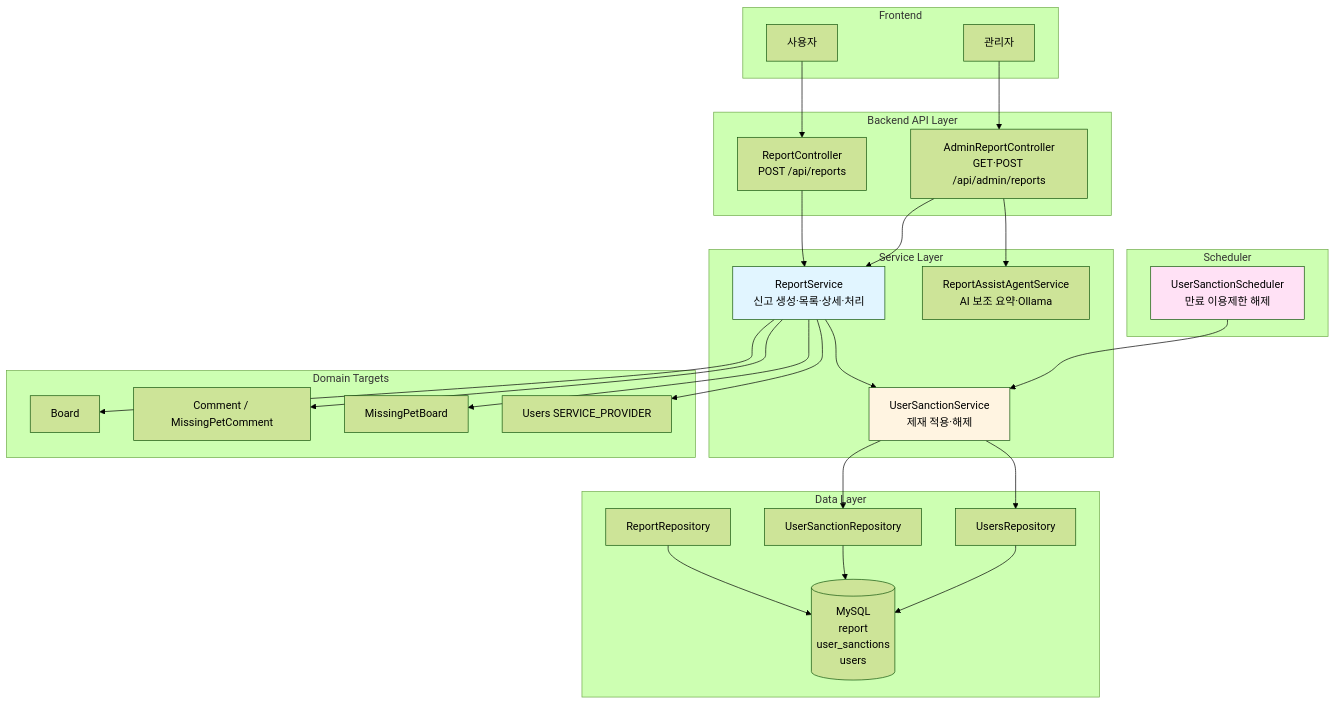
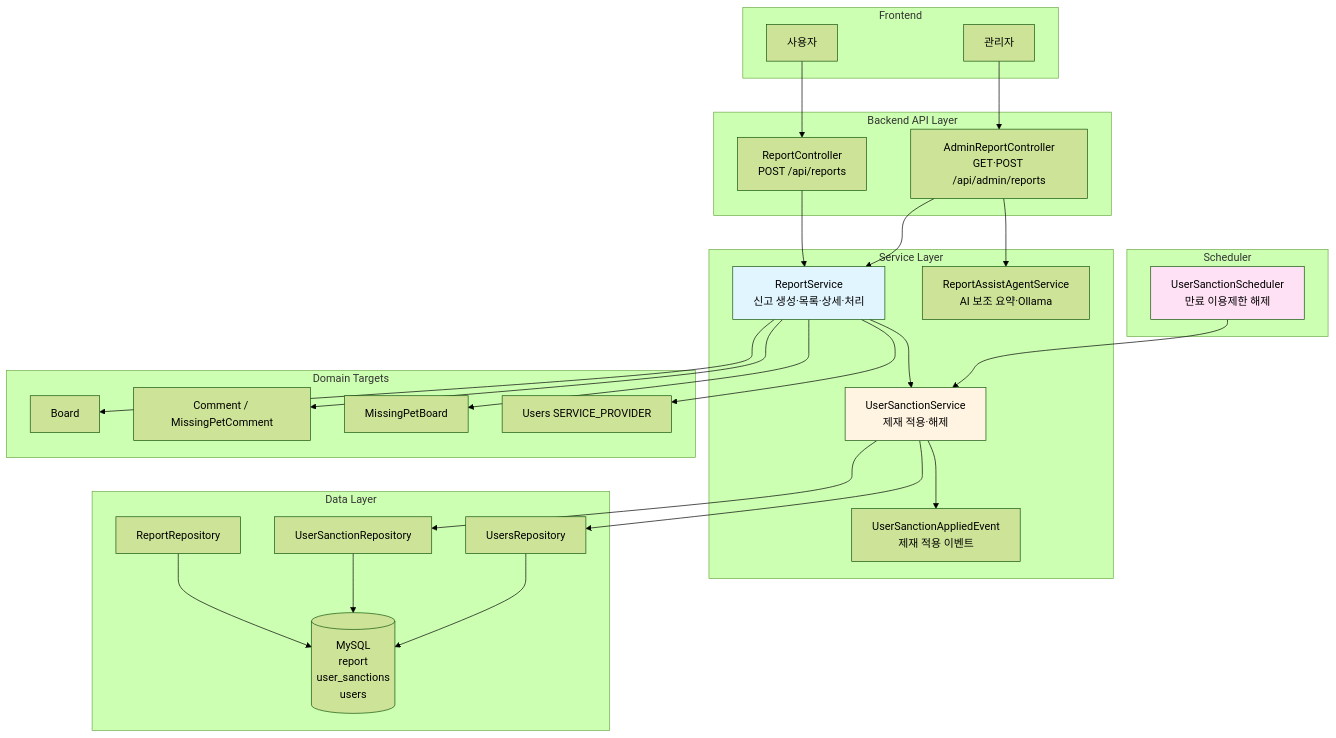
One commit to makkong1/Petory changed the first of 5 diagrams in docs/architecture/user/신고 및 제재 시스템 아키텍처.md. Above: the diagram before and after it, drawn with Mermaid (forest theme). The commit also changed other lines of this file and 31 other files, not shown here.

````diff
--- a/docs/architecture/user/신고 및 제재 시스템 아키텍처.md
+++ b/docs/architecture/user/신고 및 제재 시스템 아키텍처.md
@@ -13,60 +13,62 @@
 ```mermaid
 graph TB
     subgraph "Frontend"
         User[사용자]
         Admin[관리자]
     end
     
     subgraph "Backend API Layer"
         RC[ReportController<br/>POST /api/reports]
         ARC[AdminReportController<br/>GET·POST /api/admin/reports]
     end
     
     subgraph "Service Layer"
         RS[ReportService<br/>신고 생성·목록·상세·처리]
         RAS[ReportAssistAgentService<br/>AI 보조 요약·Ollama]
         USS[UserSanctionService<br/>제재 적용·해제]
+        USE[UserSanctionAppliedEvent<br/>제재 적용 이벤트]
     end
     
     subgraph "Scheduler"
         USSCH[UserSanctionScheduler<br/>만료 이용제한 해제]
     end
     
     subgraph "Data Layer"
         RR[ReportRepository]
         USR[UserSanctionRepository]
         UR[UsersRepository]
         MySQL[(MySQL<br/>report<br/>user_sanctions<br/>users)]
     end
     
     subgraph "Domain Targets"
         Board[Board]
         Comment[Comment / MissingPetComment]
         MissingPet[MissingPetBoard]
         Provider[Users SERVICE_PROVIDER]
     end
     
     User --> RC
     Admin --> ARC
     
     RC --> RS
     ARC --> RS
     ARC --> RAS
     RS --> USS
     USS --> USR
     USS --> UR
+    USS --> USE
     USSCH --> USS
     
     RR --> MySQL
     USR --> MySQL
     UR --> MySQL
     
     RS --> Board
     RS --> Comment
     RS --> MissingPet
     RS --> Provider
     
     style RS fill:#e1f5ff
     style USS fill:#fff4e1
     style USSCH fill:#ffe1f5
 ```
````
